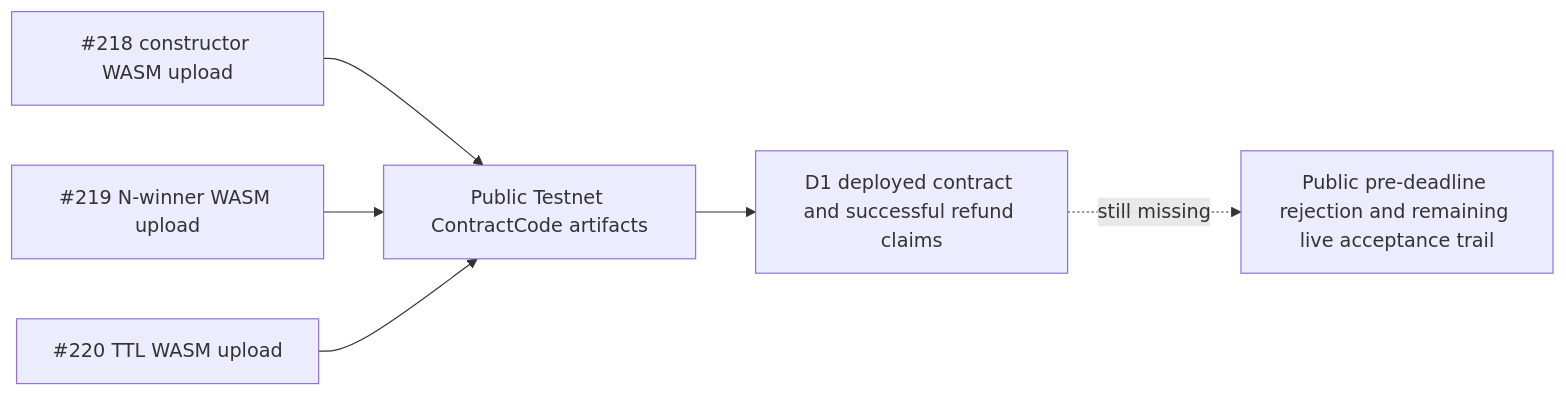
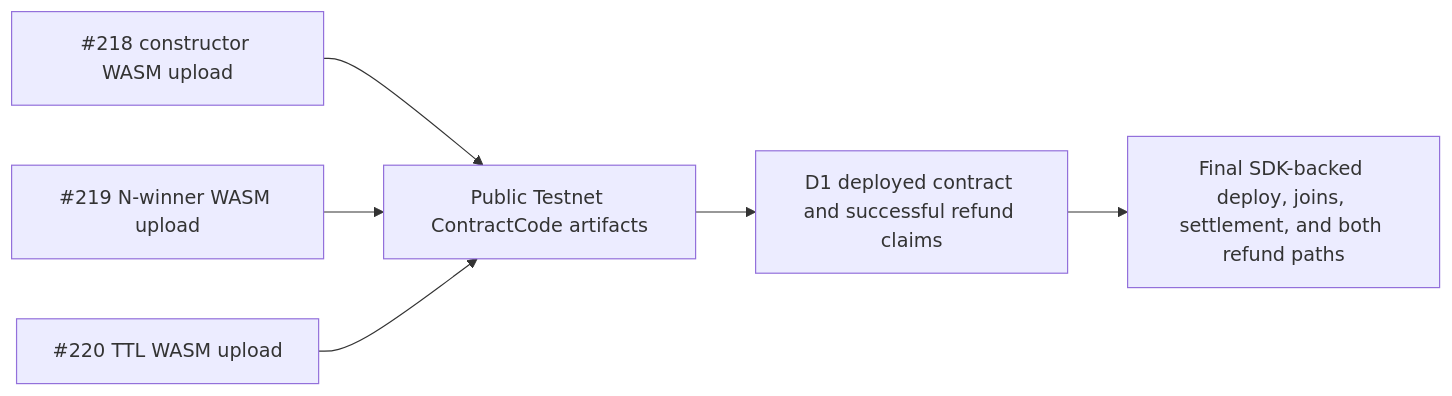
One commit to artisam-ggg/ggg changed the diagram in docs/gitbook/reference/evidence.md. Above: the diagram before and after it, drawn with Mermaid. The commit also changed other lines of this file and 15 other files, not shown here.

````diff
--- a/docs/gitbook/reference/evidence.md
+++ b/docs/gitbook/reference/evidence.md
@@ -18,8 +70,8 @@
 ```mermaid
 flowchart LR
     A[#218 constructor WASM upload] --> D[Public Testnet ContractCode artifacts]
     B[#219 N-winner WASM upload] --> D
     C[#220 TTL WASM upload] --> D
     D --> E[D1 deployed contract and successful refund claims]
-    E -. still missing .-> F[Public pre-deadline rejection and remaining live acceptance trail]
+    E --> F[Final SDK-backed deploy, joins, settlement, and both refund paths]
 ```
````
